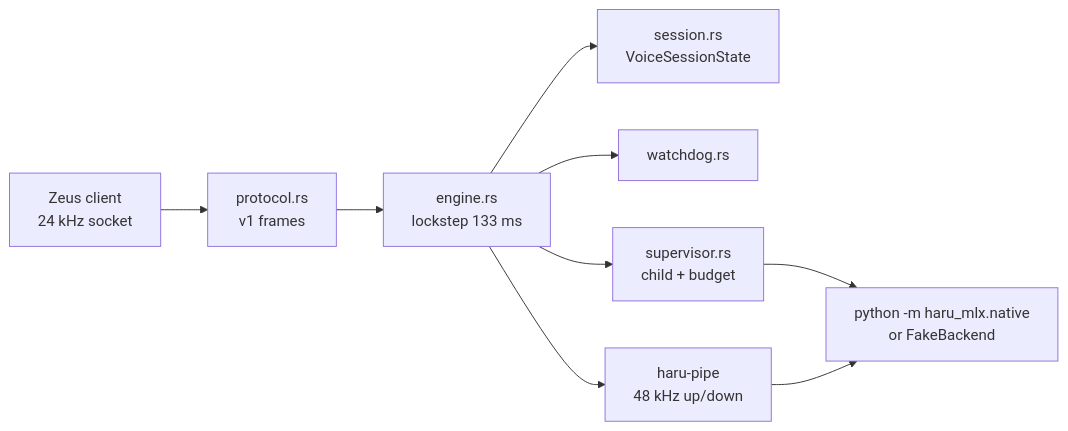
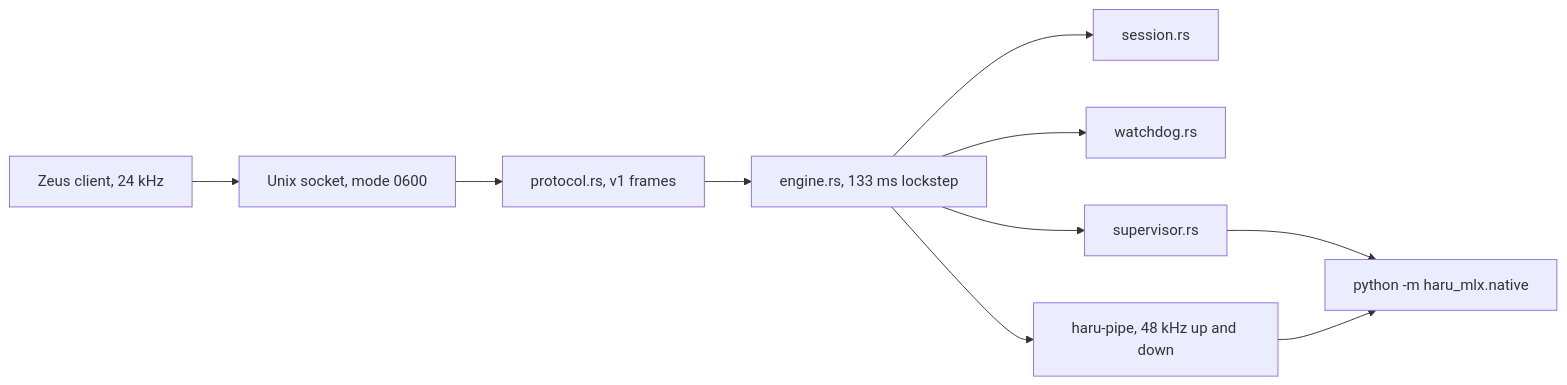
Before and after one commit to mysticalsin/Zeus-native: the first of 2 diagrams in native/haru-companion/README.md, drawn with Mermaid. The commit also changed other lines of this file and 6 other files, not shown here.

````diff
--- a/native/haru-companion/README.md
+++ b/native/haru-companion/README.md
@@ -36,11 +23,12 @@
 ```mermaid
 flowchart LR
-  Zeus["Zeus client<br/>24 kHz socket"] --> Protocol["protocol.rs<br/>v1 frames"]
-  Protocol --> Engine["engine.rs<br/>lockstep 133 ms"]
-  Engine --> Session["session.rs<br/>VoiceSessionState"]
+  Zeus["Zeus client, 24 kHz"] --> Socket["Unix socket, mode 0600"]
+  Socket --> Protocol["protocol.rs, v1 frames"]
+  Protocol --> Engine["engine.rs, 133 ms lockstep"]
+  Engine --> Session["session.rs"]
   Engine --> Watch["watchdog.rs"]
-  Engine --> Super["supervisor.rs<br/>child + budget"]
-  Super --> Child["python -m haru_mlx.native<br/>or FakeBackend"]
-  Engine --> Pipe["haru-pipe<br/>48 kHz up/down"]
+  Engine --> Super["supervisor.rs"]
+  Super --> Child["python -m haru_mlx.native"]
+  Engine --> Pipe["haru-pipe, 48 kHz up and down"]
   Pipe --> Child
 ```
````
